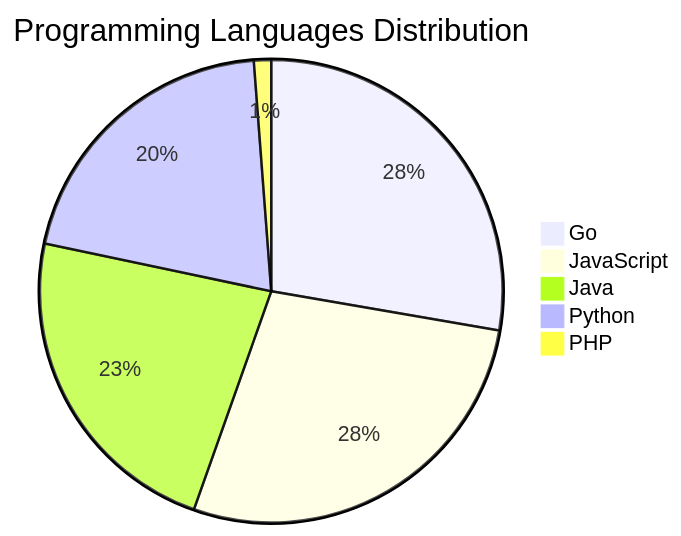
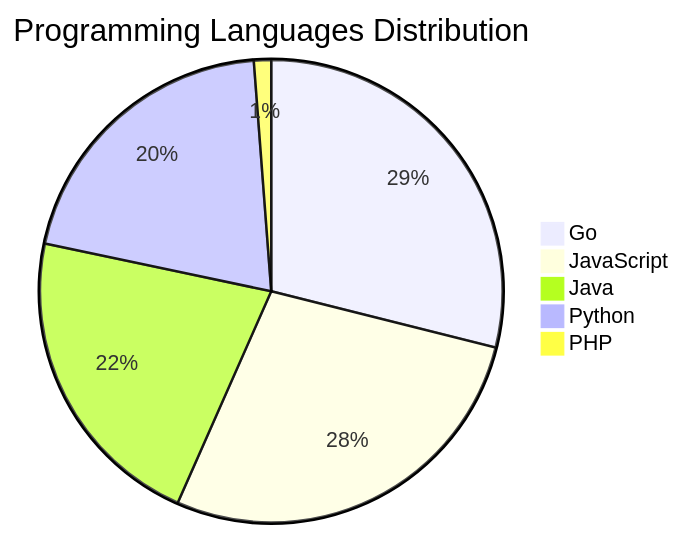
The diagram in README.md (Derrick-MUGISHA/github-activity-bot), drawn with Mermaid before and after one commit. The commit also changed other lines of this file and 3 other files, not shown here.

````diff
--- a/README.md
+++ b/README.md
@@ -69,8 +69,8 @@
 ```mermaid
 pie title Programming Languages Distribution
-    "Go" : 23
+    "Go" : 24
     "JavaScript" : 23
-    "Java" : 19
+    "Java" : 18
     "Python" : 17
     "PHP" : 1
 ```
````
